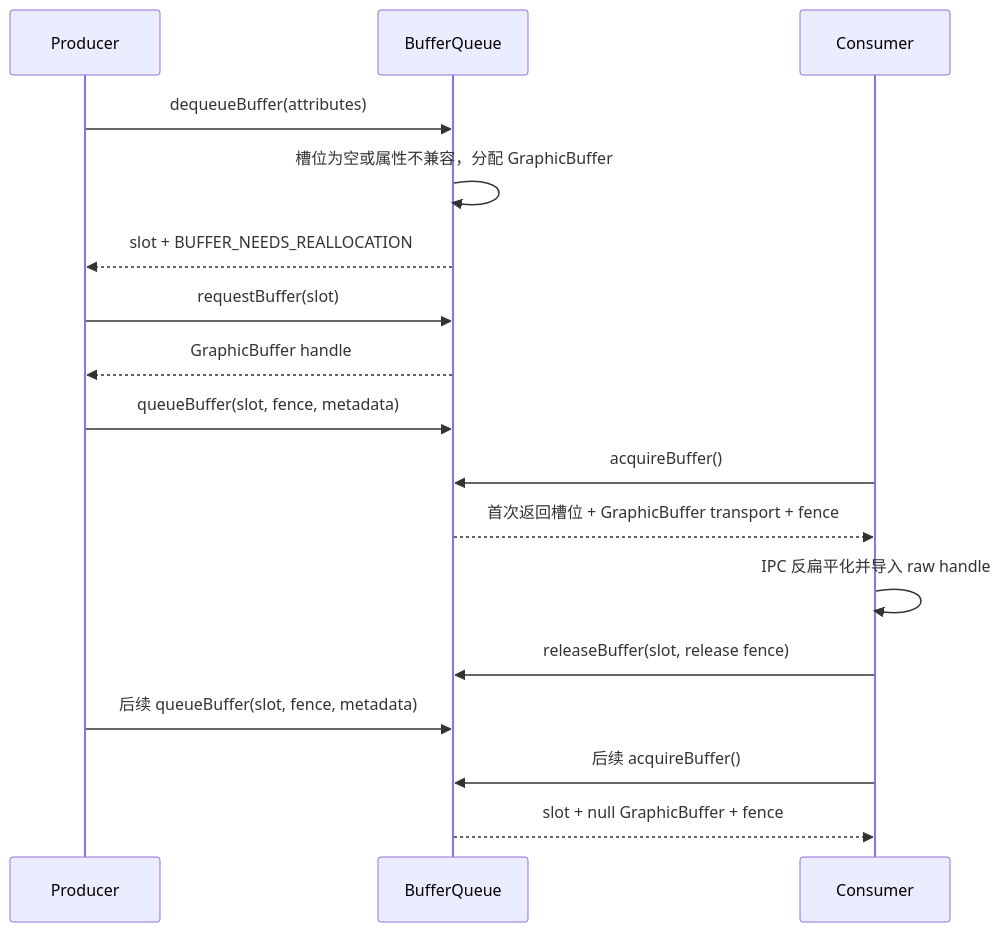
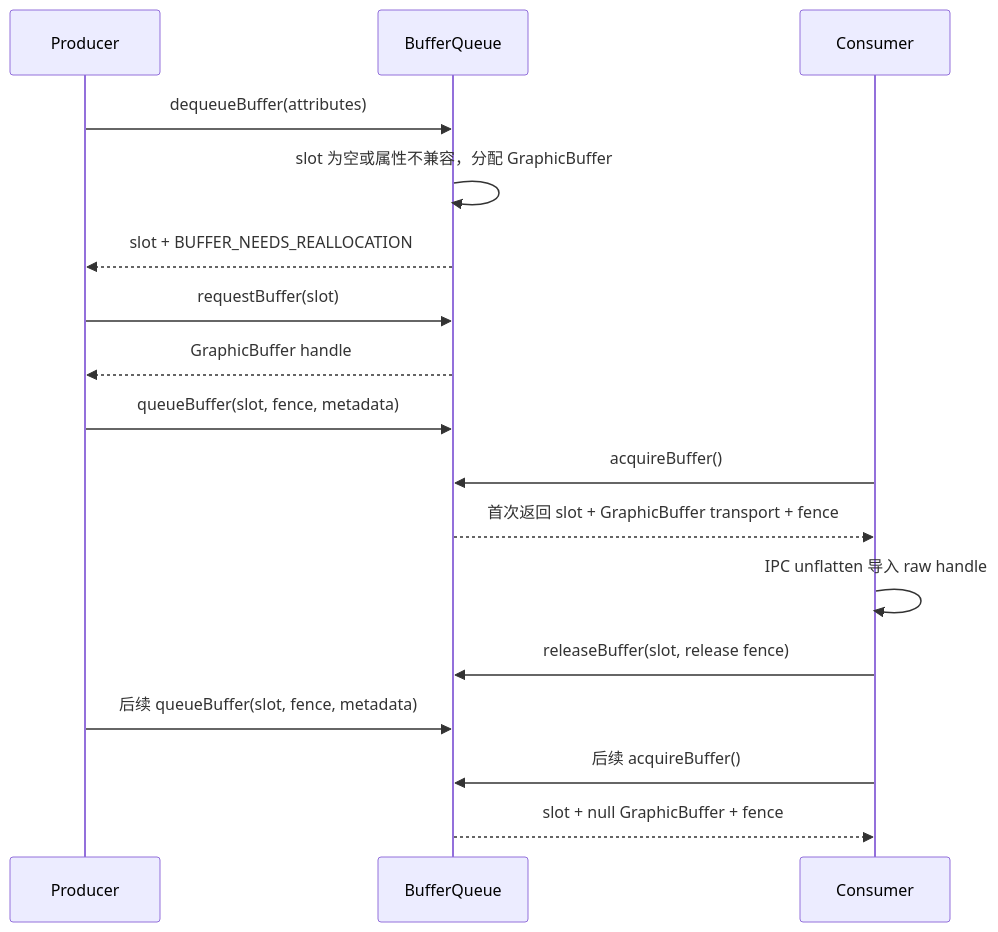
The second of 2 diagrams in src/part1-fundamentals/ch02-rendering/15-dmabuf-gralloc.md (Gracker/android-internals-wiki), drawn with Mermaid before and after one commit. The commit also changed other lines of this file and 4 other files, not shown here.

````diff
--- a/src/part1-fundamentals/ch02-rendering/15-dmabuf-gralloc.md
+++ b/src/part1-fundamentals/ch02-rendering/15-dmabuf-gralloc.md
@@ -324,20 +324,20 @@
 ```mermaid
 sequenceDiagram
     participant P as Producer
     participant BQ as BufferQueue
     participant C as Consumer
 
     P->>BQ: dequeueBuffer(attributes)
-    BQ->>BQ: 槽位为空或属性不兼容，分配 GraphicBuffer
+    BQ->>BQ: slot 为空或属性不兼容，分配 GraphicBuffer
     BQ-->>P: slot + BUFFER_NEEDS_REALLOCATION
     P->>BQ: requestBuffer(slot)
     BQ-->>P: GraphicBuffer handle
     P->>BQ: queueBuffer(slot, fence, metadata)
     C->>BQ: acquireBuffer()
-    BQ-->>C: 首次返回槽位 + GraphicBuffer transport + fence
-    C->>C: IPC 反扁平化并导入 raw handle
+    BQ-->>C: 首次返回 slot + GraphicBuffer transport + fence
+    C->>C: IPC unflatten 导入 raw handle
     C->>BQ: releaseBuffer(slot, release fence)
     P->>BQ: 后续 queueBuffer(slot, fence, metadata)
     C->>BQ: 后续 acquireBuffer()
     BQ-->>C: slot + null GraphicBuffer + fence
 ```
````
